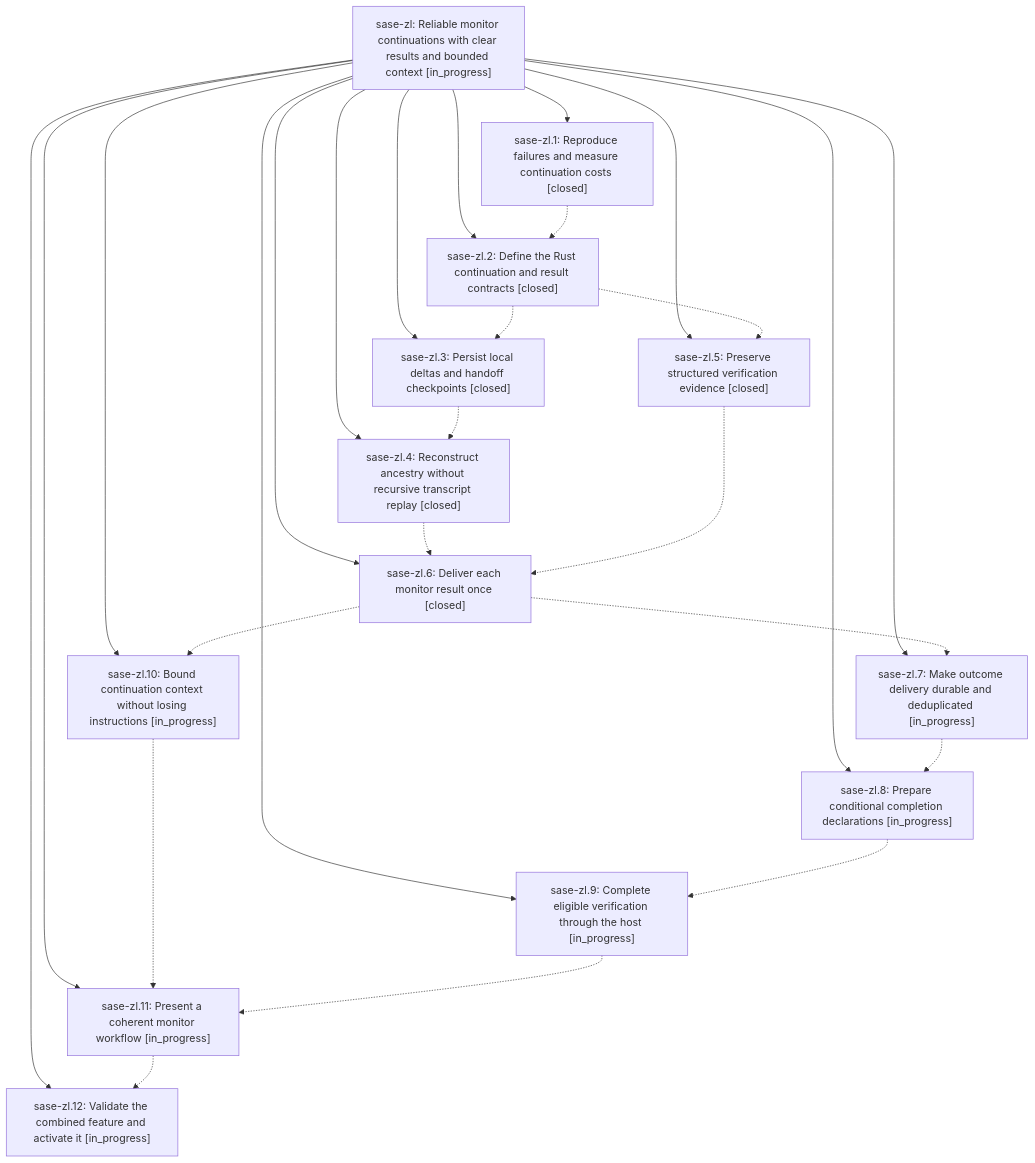
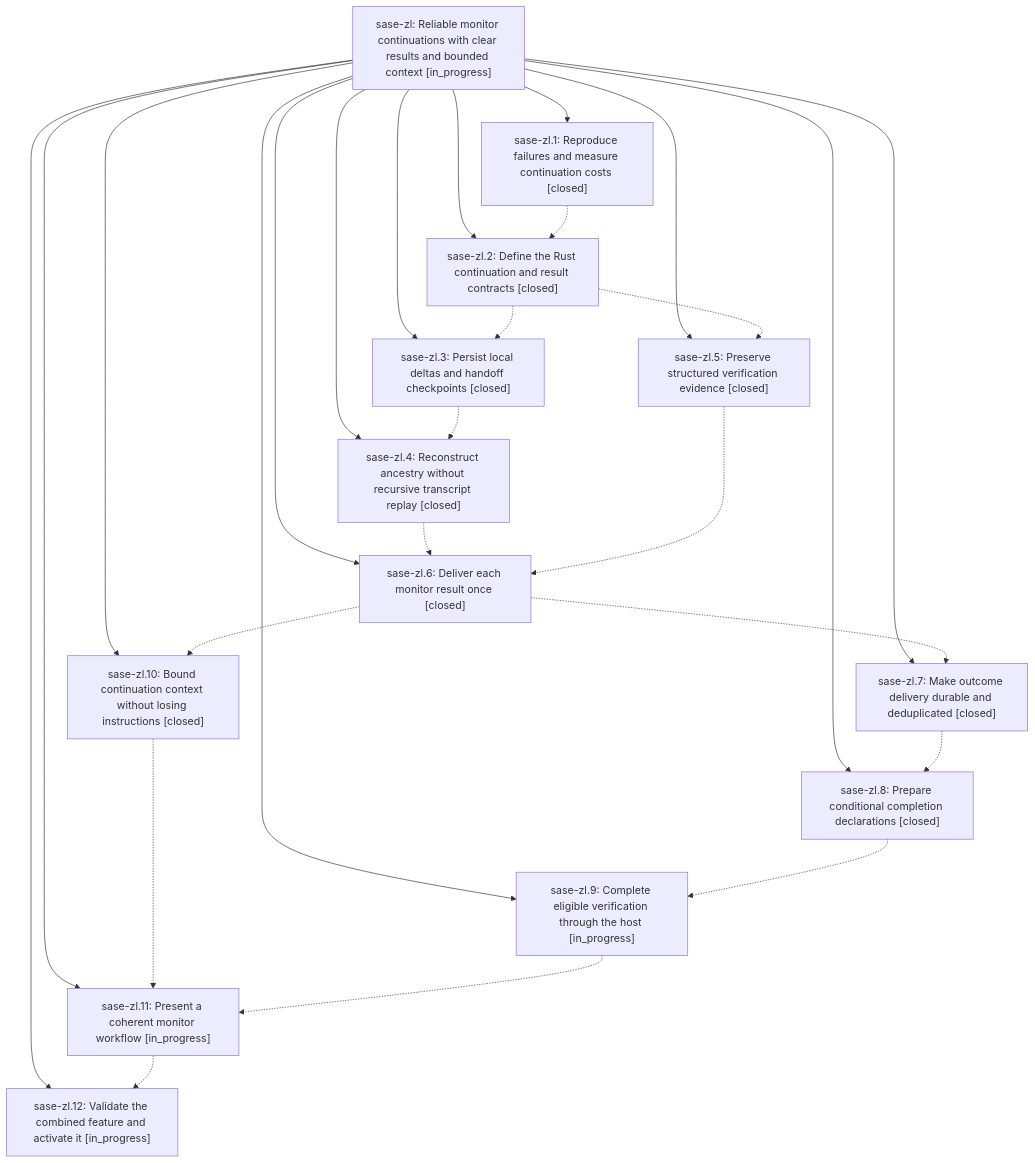
The diagram in pages/sase-zl/README.md (sase-org/sase--beads), drawn with Mermaid before and after one commit. The commit also changed other lines of this file and 7 other files, not shown here.

````diff
--- a/pages/sase-zl/README.md
+++ b/pages/sase-zl/README.md
@@ -33,41 +33,41 @@
 ```mermaid
 flowchart TD
     n0["sase-zl: Reliable monitor continuations with clear results and bounded context [in_progress]"]
     n1["sase-zl.1: Reproduce failures and measure continuation costs [closed]"]
-    n2["sase-zl.10: Bound continuation context without losing instructions [in_progress]"]
+    n2["sase-zl.10: Bound continuation context without losing instructions [closed]"]
     n3["sase-zl.11: Present a coherent monitor workflow [in_progress]"]
     n4["sase-zl.12: Validate the combined feature and activate it [in_progress]"]
     n5["sase-zl.2: Define the Rust continuation and result contracts [closed]"]
     n6["sase-zl.3: Persist local deltas and handoff checkpoints [closed]"]
     n7["sase-zl.4: Reconstruct ancestry without recursive transcript replay [closed]"]
     n8["sase-zl.5: Preserve structured verification evidence [closed]"]
     n9["sase-zl.6: Deliver each monitor result once [closed]"]
-    n10["sase-zl.7: Make outcome delivery durable and deduplicated [in_progress]"]
-    n11["sase-zl.8: Prepare conditional completion declarations [in_progress]"]
+    n10["sase-zl.7: Make outcome delivery durable and deduplicated [closed]"]
+    n11["sase-zl.8: Prepare conditional completion declarations [closed]"]
     n12["sase-zl.9: Complete eligible verification through the host [in_progress]"]
     n0 --> n1
     n0 --> n2
     n0 --> n3
     n0 --> n4
     n0 --> n5
     n0 --> n6
     n0 --> n7
     n0 --> n8
     n0 --> n9
     n0 --> n10
     n0 --> n11
     n0 --> n12
     n1 -.-> n5
     n2 -.-> n3
     n3 -.-> n4
     n5 -.-> n6
     n5 -.-> n8
     n6 -.-> n7
     n7 -.-> n9
     n8 -.-> n9
     n9 -.-> n2
     n9 -.-> n10
     n10 -.-> n11
     n11 -.-> n12
     n12 -.-> n3
 ```
````
